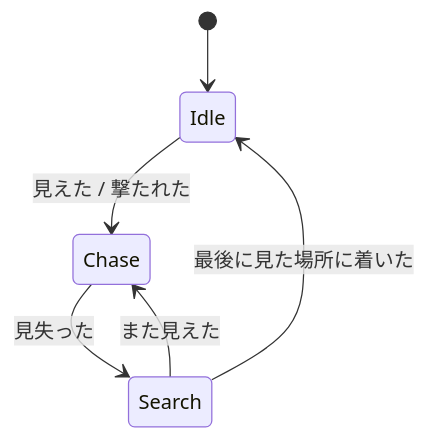
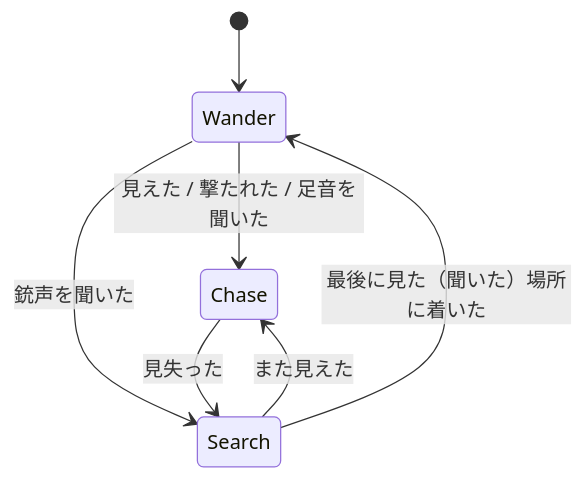
The seventh of 7 diagrams in SummaryPlan/技術まとめ_ポートフォリオ.md (madoromi05/LastDrop), drawn with Mermaid before and after one commit. The commit also changed other lines of this file and 88 other files, not shown here.

````diff
--- a/SummaryPlan/技術まとめ_ポートフォリオ.md
+++ b/SummaryPlan/技術まとめ_ポートフォリオ.md
@@ -352,8 +443,9 @@
 ```mermaid
 stateDiagram-v2
-    [*] --> Idle
-    Idle --> Chase : 見えた / 撃たれた
+    [*] --> Wander
+    Wander --> Chase : 見えた / 撃たれた / 足音を聞いた
+    Wander --> Search : 銃声を聞いた
     Chase --> Search : 見失った
     Search --> Chase : また見えた
-    Search --> Idle : 最後に見た場所に着いた
+    Search --> Wander : 最後に見た（聞いた）場所に着いた
 ```
````
